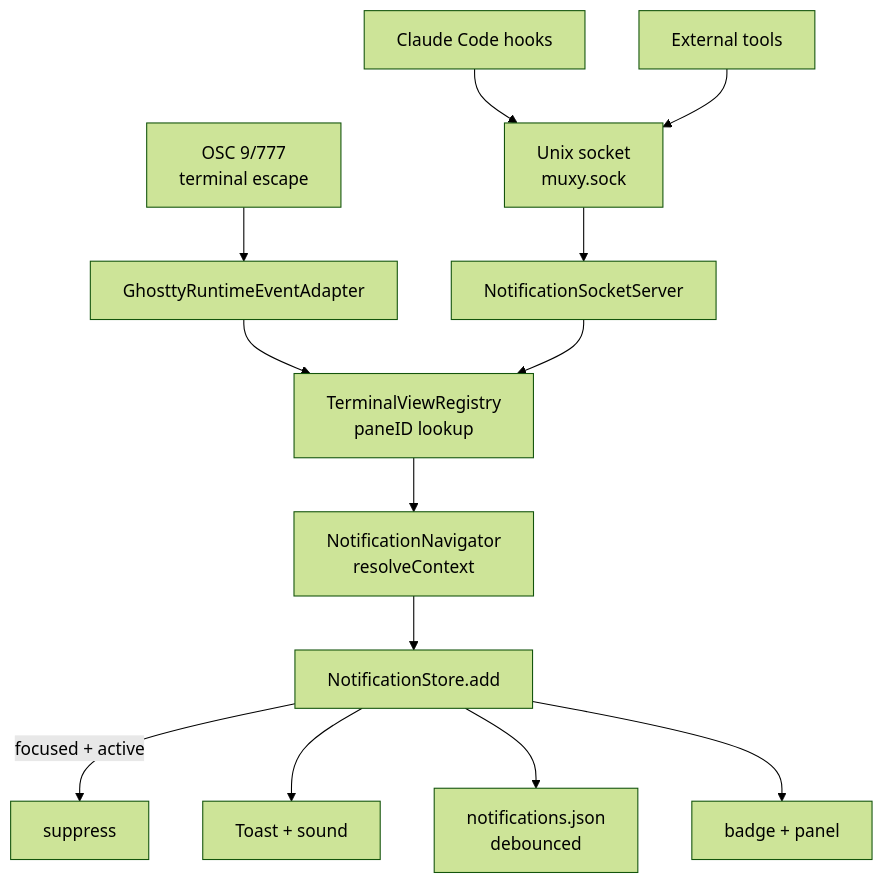
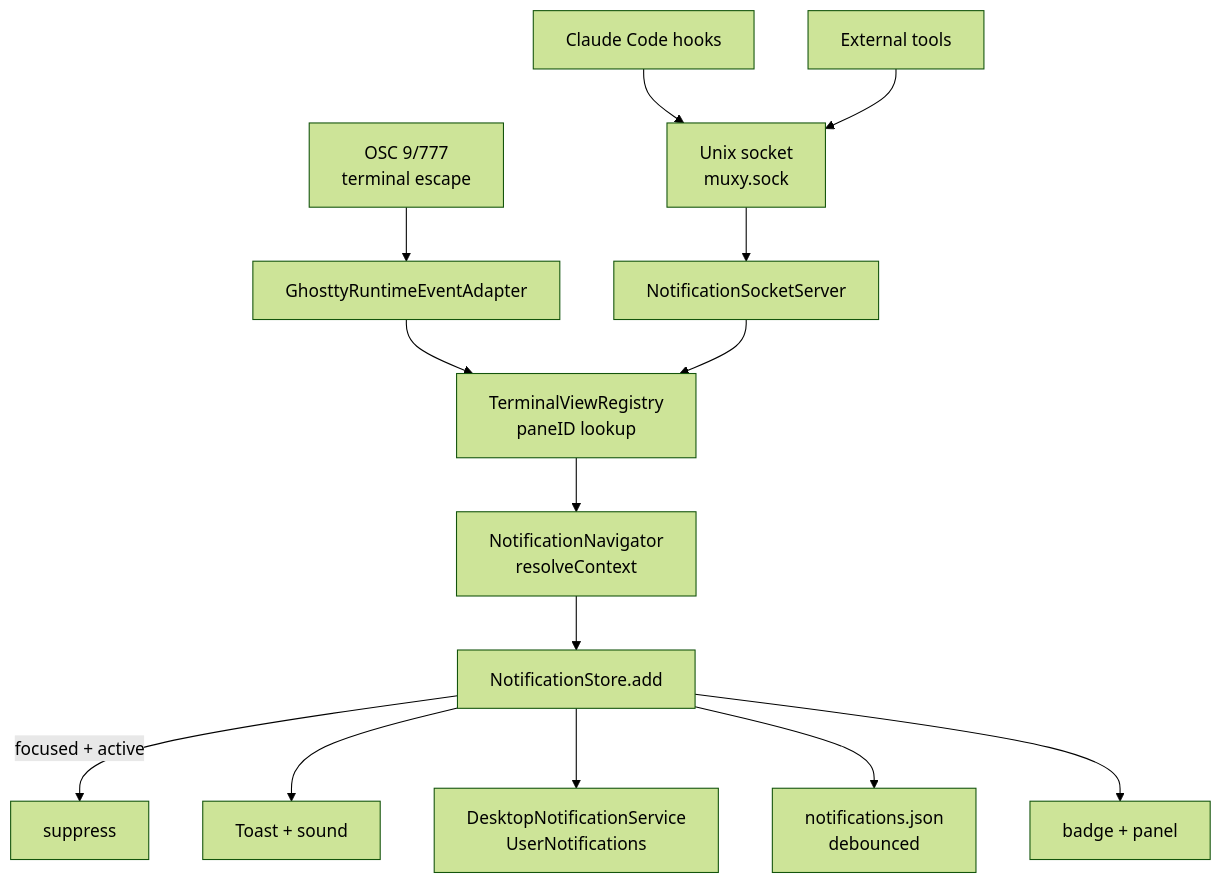
One commit to muxy-app/muxy changed the diagram in docs/developer/architecture/notifications.md. Above: the diagram before and after it, drawn with Mermaid (forest theme). The commit also changed other lines of this file and 16 other files, not shown here.

Commit message:
feat: add macOS desktop notifications

````diff
--- a/docs/developer/architecture/notifications.md
+++ b/docs/developer/architecture/notifications.md
@@ -7,15 +7,16 @@
 ```mermaid
 flowchart TB
   OSC[OSC 9/777<br/>terminal escape] --> Adapter[GhosttyRuntimeEventAdapter]
   Claude[Claude Code hooks] --> Sock[Unix socket<br/>muxy.sock]
   External[External tools] --> Sock
   Sock --> Server[NotificationSocketServer]
   Adapter --> Lookup[TerminalViewRegistry<br/>paneID lookup]
   Server --> Lookup
   Lookup --> Nav[NotificationNavigator<br/>resolveContext]
   Nav --> Store[NotificationStore.add]
   Store -->|focused + active| Drop[suppress]
   Store --> Toast[Toast + sound]
+  Store --> Desktop[DesktopNotificationService<br/>UserNotifications]
   Store --> Persist[notifications.json<br/>debounced]
   Store --> UI[badge + panel]
 ```
````
